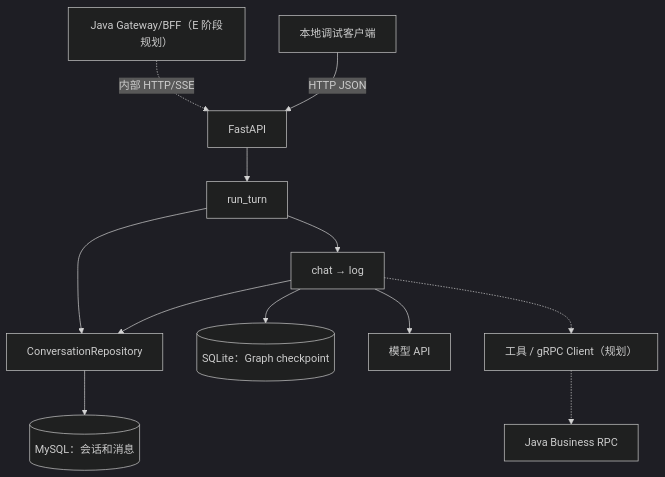
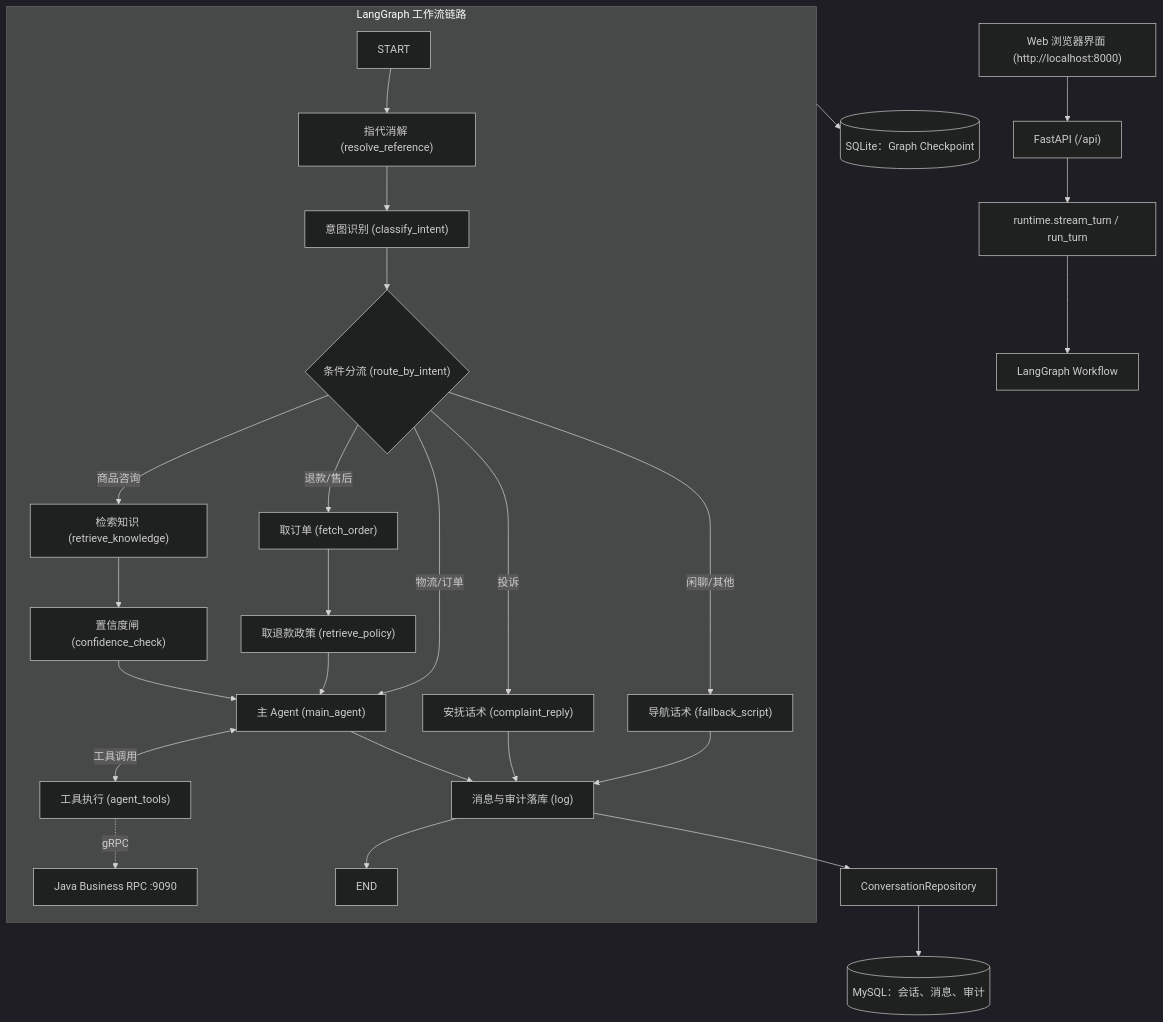
One commit to shangxinxiaolin/user-help changed the diagram in agent-service/README.md. Above: the diagram before and after it, drawn with Mermaid (dark theme). The commit also changed other lines of this file and 2 other files, not shown here.

First line of the commit message:
Feat/order grpc tool (#11)

````diff
--- a/agent-service/README.md
+++ b/agent-service/README.md
@@ -19,12 +20,31 @@
 ```mermaid
 flowchart TB
-    Entry["Java Gateway/BFF（E 阶段规划）"] -.->|内部 HTTP/SSE| API["FastAPI"]
-    Dev["本地调试客户端"] -->|HTTP JSON| API
-    API --> Runtime["run_turn"] --> Graph["chat → log"]
-    Runtime --> Repo["ConversationRepository"]
-    Graph --> Repo
-    Repo --> DB[("MySQL：会话和消息")]
-    Graph --> CP[("SQLite：Graph checkpoint")]
-    Graph --> LLM["模型 API"]
-    Graph -.-> Tools["工具 / gRPC Client（规划）"] -.-> Java["Java Business RPC"]
+    UI["Web 浏览器界面 (http://localhost:8000)"] --> API["FastAPI (/api)"]
+    API --> Runtime["runtime.stream_turn / run_turn"]
+    Runtime --> Graph["LangGraph Workflow"]
+    
+    subgraph GraphWorkflow["LangGraph 工作流链路"]
+        Start["START"] --> Coref["指代消解 (resolve_reference)"]
+        Coref --> Intent["意图识别 (classify_intent)"]
+        Intent --> Route{"条件分流 (route_by_intent)"}
+        Route -->|商品咨询| Knowledge["检索知识 (retrieve_knowledge)"]
+        Knowledge --> Gate["置信度闸 (confidence_check)"]
+        Gate --> MainAgent["主 Agent (main_agent)"]
+        Route -->|退款/售后| FetchOrder["取订单 (fetch_order)"]
+        FetchOrder --> Policy["取退款政策 (retrieve_policy)"]
+        Policy --> MainAgent
+        Route -->|物流/订单| MainAgent
+        Route -->|投诉| Escalate["安抚话术 (complaint_reply)"]
+        Route -->|闲聊/其他| Fallback["导航话术 (fallback_script)"]
+        MainAgent <-->|工具调用| ToolsNode["工具执行 (agent_tools)"]
+        ToolsNode -.->|gRPC| JavaRPC["Java Business RPC :9090"]
+        MainAgent --> LogNode["消息与审计落库 (log)"]
+        Escalate --> LogNode
+        Fallback --> LogNode
+        LogNode --> EndNode["END"]
+    end
+
+    LogNode --> Repo["ConversationRepository"]
+    Repo --> DB[("MySQL：会话、消息、审计")]
+    GraphWorkflow --> CP[("SQLite：Graph Checkpoint")]
 ```
````
